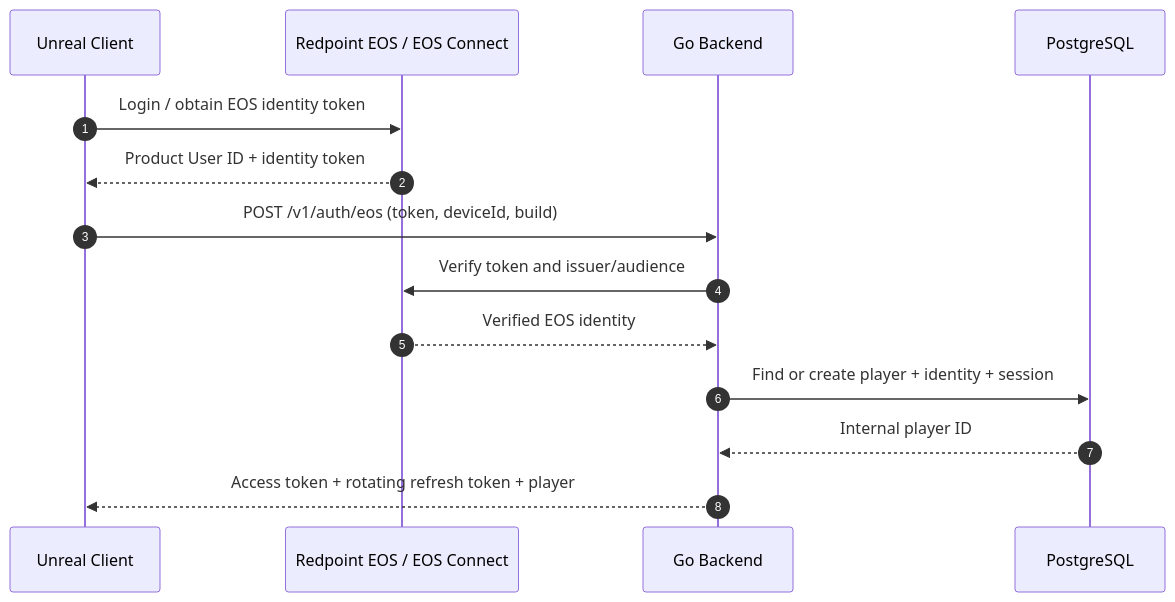
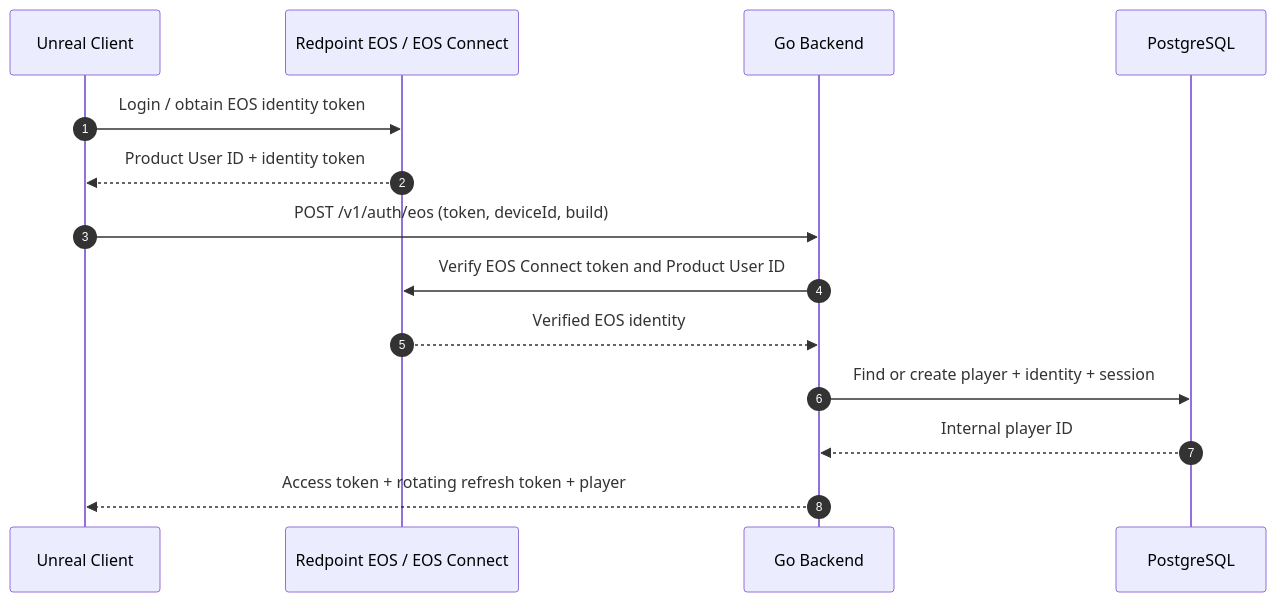
One commit to oaiba/ExtractionDocument changed the first of 9 diagrams in _files/UE_Multiplayer_Live_Services_Architecture_Go_RedpointEOS.md. Above: the diagram before and after it, drawn with Mermaid. The commit also changed other lines of this file, not shown here.

````diff
--- a/_files/UE_Multiplayer_Live_Services_Architecture_Go_RedpointEOS.md
+++ b/_files/UE_Multiplayer_Live_Services_Architecture_Go_RedpointEOS.md
@@ -442,16 +447,16 @@
 ```mermaid
 sequenceDiagram
     autonumber
     participant C as Unreal Client
     participant R as Redpoint EOS / EOS Connect
     participant B as Go Backend
     participant DB as PostgreSQL
     C->>R: Login / obtain EOS identity token
     R-->>C: Product User ID + identity token
     C->>B: POST /v1/auth/eos (token, deviceId, build)
-    B->>R: Verify token and issuer/audience
+    B->>R: Verify EOS Connect token and Product User ID
     R-->>B: Verified EOS identity
     B->>DB: Find or create player + identity + session
     DB-->>B: Internal player ID
     B-->>C: Access token + rotating refresh token + player
 ```
````
